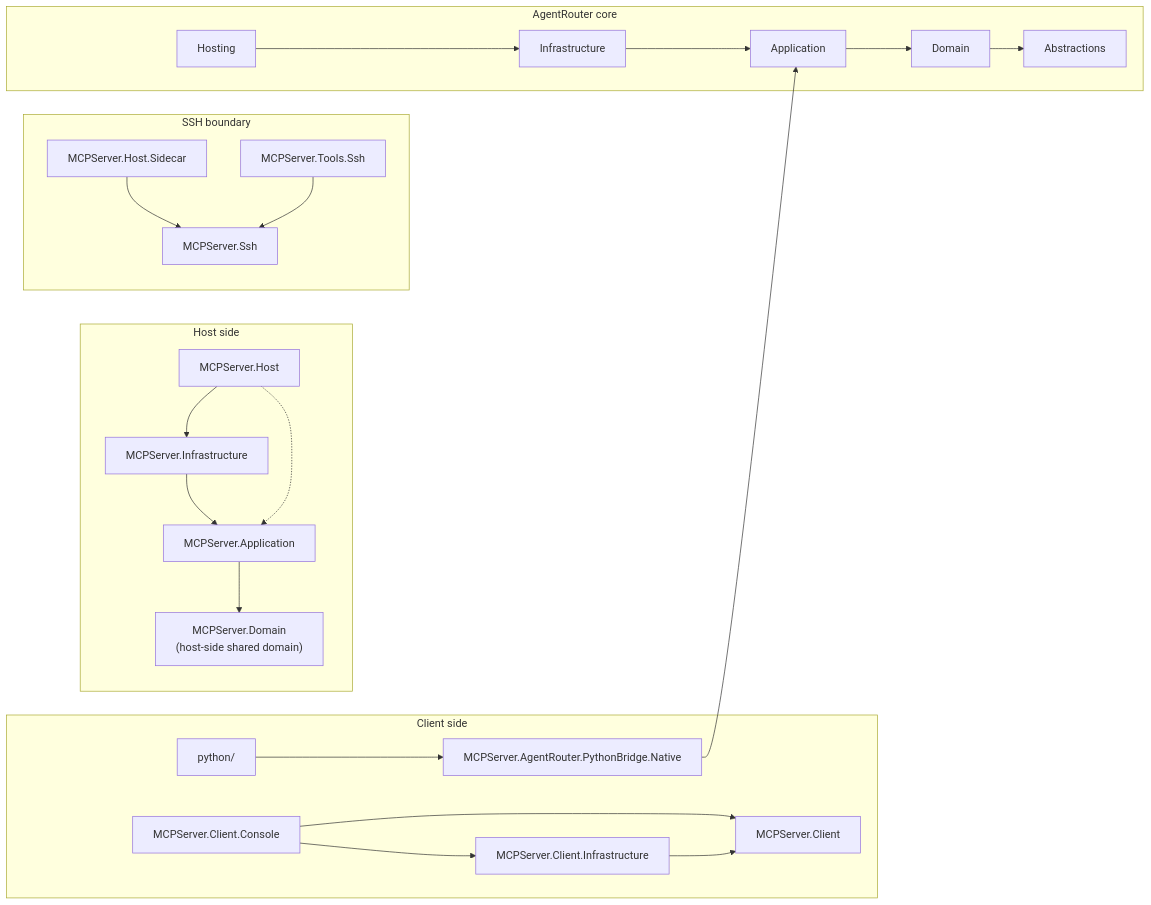
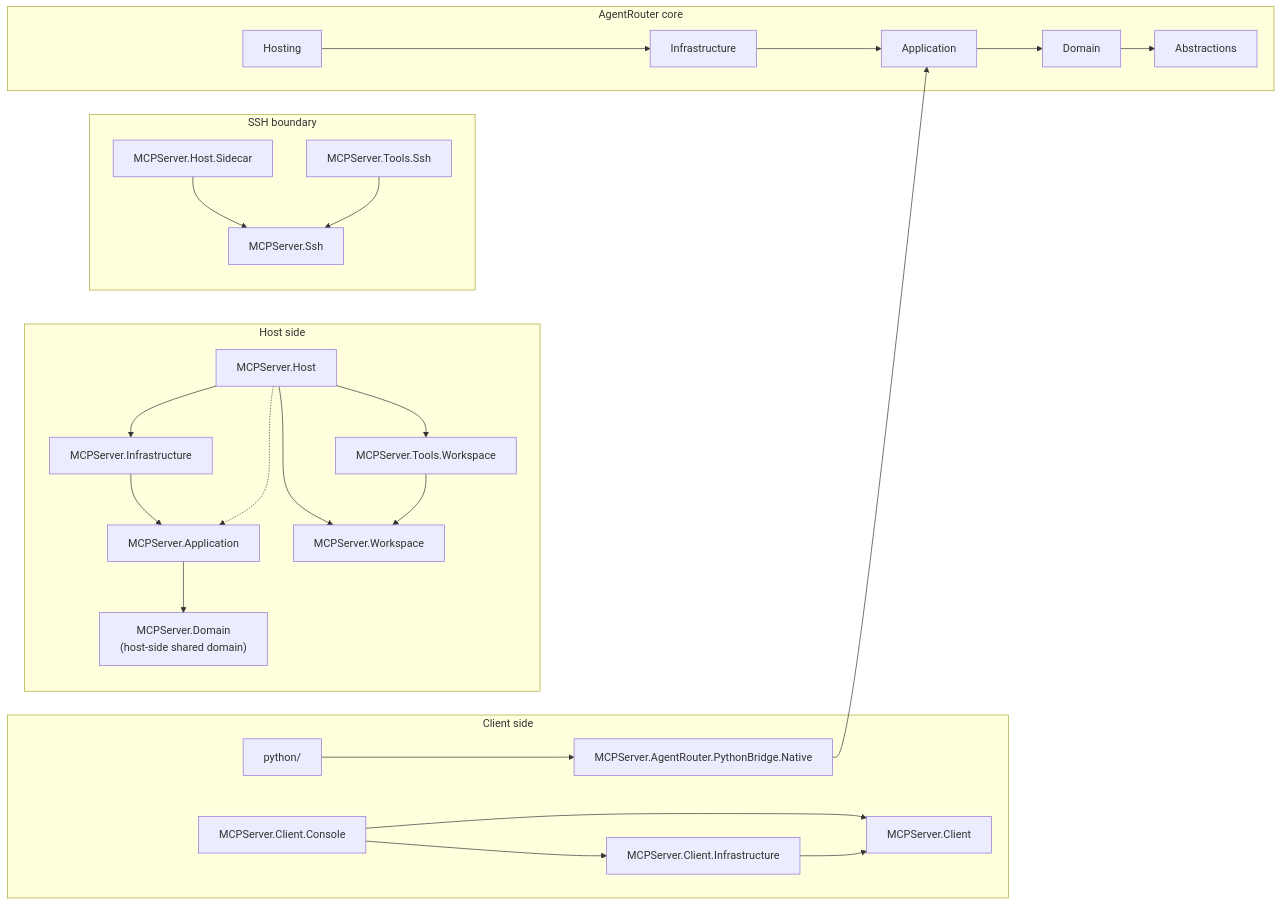
The diagram in README.md (haxxornulled/SharpMCPServer), drawn with Mermaid before and after one commit. The commit also changed other lines of this file and 6 other files, not shown here.

````diff
--- a/README.md
+++ b/README.md
@@ -23,49 +37,54 @@
 ```mermaid
 flowchart LR
     subgraph ClientSide["Client side"]
         Console["MCPServer.Client.Console"]
         ClientLib["MCPServer.Client"]
         ClientInfra["MCPServer.Client.Infrastructure"]
         Python["python/"]
         Native["MCPServer.AgentRouter.PythonBridge.Native"]
     end
 
     subgraph HostSide["Host side"]
         direction TB
         MainHost["MCPServer.Host"]
         Infra["MCPServer.Infrastructure"]
         App["MCPServer.Application"]
         Domain["MCPServer.Domain\n(host-side shared domain)"]
+        Workspace["MCPServer.Workspace"]
+        WorkspaceTools["MCPServer.Tools.Workspace"]
 
         MainHost --> Infra
         Infra --> App
         App --> Domain
         MainHost -.-> App
+        MainHost --> Workspace
+        MainHost --> WorkspaceTools
+        WorkspaceTools --> Workspace
     end
 
     subgraph SshBoundary["SSH boundary"]
         Sidecar["MCPServer.Host.Sidecar"]
         Ssh["MCPServer.Ssh"]
         SshTools["MCPServer.Tools.Ssh"]
 
         Sidecar --> Ssh
         SshTools --> Ssh
     end
 
     subgraph RouterCore["AgentRouter core"]
         ARAbs["Abstractions"]
         ARDom["Domain"]
         ARApp["Application"]
         ARInfra["Infrastructure"]
         ARHost["Hosting"]
     end
 
     Console --> ClientLib
     Console --> ClientInfra
     ClientInfra --> ClientLib
 
     Python --> Native
     Native --> ARApp
 
     ARHost --> ARInfra --> ARApp --> ARDom --> ARAbs
 ```
````
